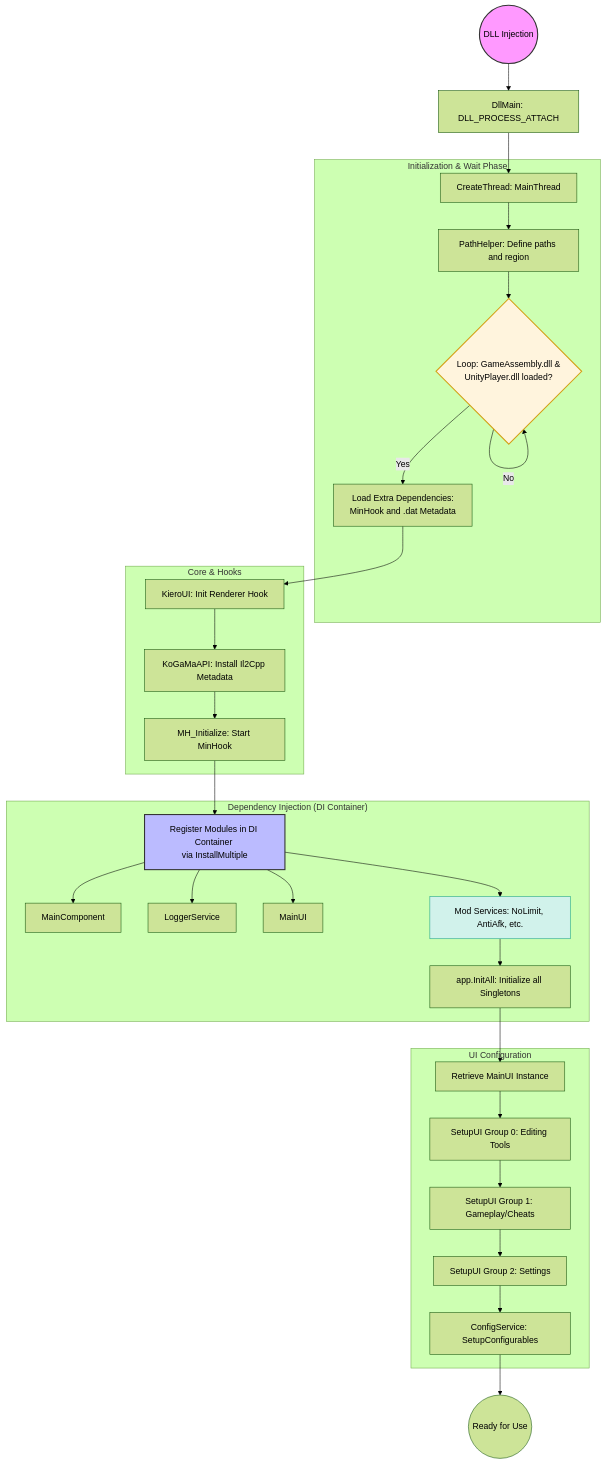
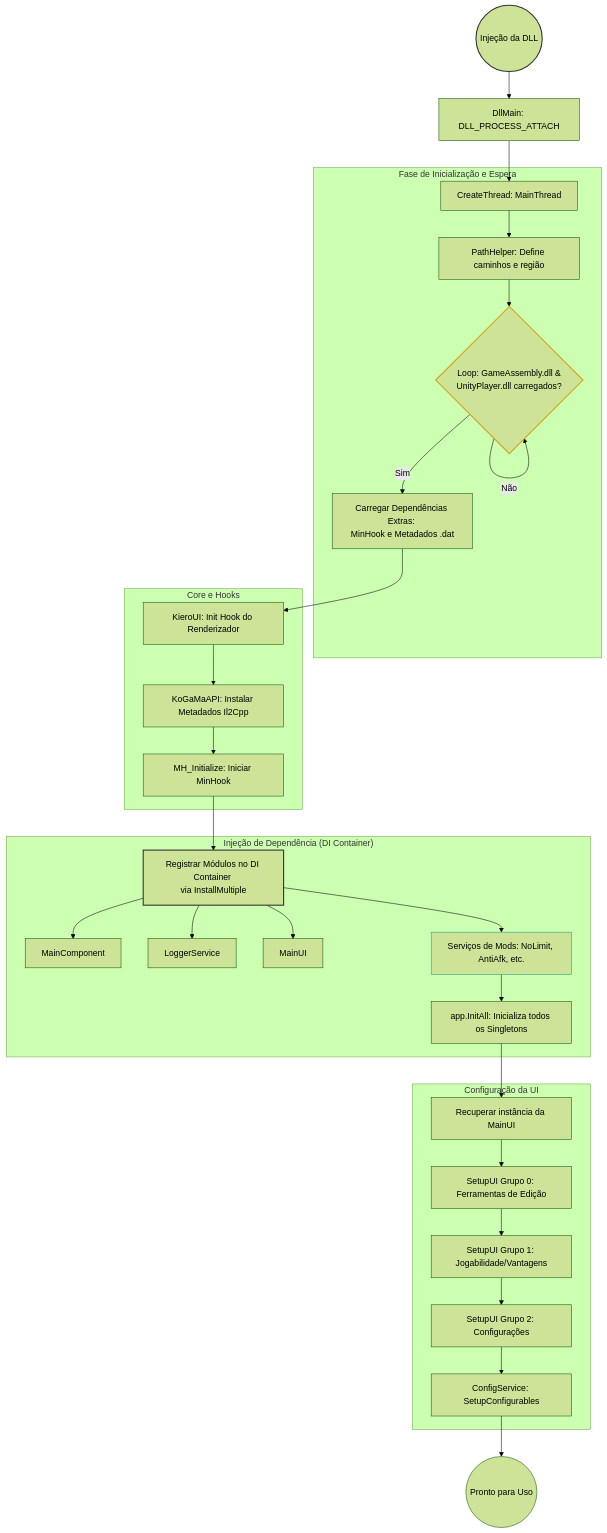
The diagram in src/ARCHITECTURE.md (MauryDev/KoGaMaTools.Native), drawn with Mermaid (forest theme) before and after one commit.

Commit message:
update markdown for architecture

````diff
--- a/src/ARCHITECTURE.md
+++ b/src/ARCHITECTURE.md
@@ -5,46 +5,47 @@
 ```mermaid
 graph TD
-    %% DLL Entry Point
-    Start((DLL Injection)) --> DllMain[DllMain: DLL_PROCESS_ATTACH]
+    %% Entrada da DLL
+    Start((Injeção da DLL)) --> DllMain[DllMain: DLL_PROCESS_ATTACH]
     DllMain --> Thread[CreateThread: MainThread]
 
-    subgraph "Initialization & Wait Phase"
-        Thread --> PathHelper[PathHelper: Define paths and region]
-        PathHelper --> WaitGame{Loop: GameAssembly.dll & <br/>UnityPlayer.dll loaded?}
-        WaitGame -- No --> WaitGame
-        WaitGame -- Yes --> LoadDeps[Load Extra Dependencies: <br/>MinHook and .dat Metadata]
+    subgraph "Fase de Inicialização e Espera"
+        Thread --> PathHelper[PathHelper: Define caminhos e região]
+        PathHelper --> WaitGame{Loop: GameAssembly.dll & <br/>UnityPlayer.dll carregados?}
+        WaitGame -- Não --> WaitGame
+        WaitGame -- Sim --> LoadDeps[Carregar Dependências Extras: <br/>MinHook e Metadados .dat]
     end
 
-    subgraph "Core & Hooks"
-        LoadDeps --> Kiero[KieroUI: Init Renderer Hook]
-        Kiero --> MetaInstall[KoGaMaAPI: Install Il2Cpp Metadata]
-        MetaInstall --> MHInit[MH_Initialize: Start MinHook]
+    subgraph "Core e Hooks"
+        LoadDeps --> Kiero[KieroUI: Init Hook do Renderizador]
+        Kiero --> MetaInstall[KoGaMaAPI: Instalar Metadados Il2Cpp]
+        MetaInstall --> MHInit[MH_Initialize: Iniciar MinHook]
     end
 
-    subgraph "Dependency Injection (DI Container)"
-        MHInit --> DI_Registry[Register Modules in DI Container <br/>via InstallMultiple]
+    subgraph "Injeção de Dependência (DI Container)"
+        MHInit --> DI_Registry[Registrar Módulos no DI Container <br/>via InstallMultiple]
         
         DI_Registry --> S1[MainComponent]
         DI_Registry --> S2[LoggerService]
         DI_Registry --> S3[MainUI]
-        DI_Registry --> S4[Mod Services: NoLimit, AntiAfk, etc.]
+        DI_Registry --> S4[Serviços de Mods: NoLimit, AntiAfk, etc.]
         
-        S4 --> InitAll[app.InitAll: Initialize all Singletons]
+        S4 --> InitAll[app.InitAll: Inicializa todos os Singletons]
     end
 
-    subgraph "UI Configuration"
-        InitAll --> GetUI[Retrieve MainUI Instance]
-        GetUI --> SetupUI1[SetupUI Group 0: Editing Tools]
-        SetupUI1 --> SetupUI2[SetupUI Group 1: Gameplay/Cheats]
-        SetupUI2 --> SetupUI3[SetupUI Group 2: Settings]
+    subgraph "Configuração da UI"
+        InitAll --> GetUI[Recuperar instância da MainUI]
+        GetUI --> SetupUI1[SetupUI Grupo 0: Ferramentas de Edição]
+        SetupUI1 --> SetupUI2[SetupUI Grupo 1: Jogabilidade/Vantagens]
+        SetupUI2 --> SetupUI3[SetupUI Grupo 2: Configurações]
         SetupUI3 --> Finalize[ConfigService: SetupConfigurables]
     end
 
-    Finalize --> End((Ready for Use))
+    Finalize --> End((Pronto para Uso))
 
-    %% Styling
-    style Start fill:#f9f,stroke:#333,stroke-width:2px
-    style DI_Registry fill:#bbf,stroke:#333,stroke-width:2px
-    style WaitGame fill:#fff4dd,stroke:#d4a017,stroke-width:2px
-    style S4 fill:#d1f2eb,stroke:#16a085
+    %% Estilização
+    style Start stroke:#333,stroke-width:2px
+    style DI_Registry stroke:#333,stroke-width:2px
+    style WaitGame stroke:#d4a017,stroke-width:2px
+    style S4 stroke:#16a085
+
 ```
````
